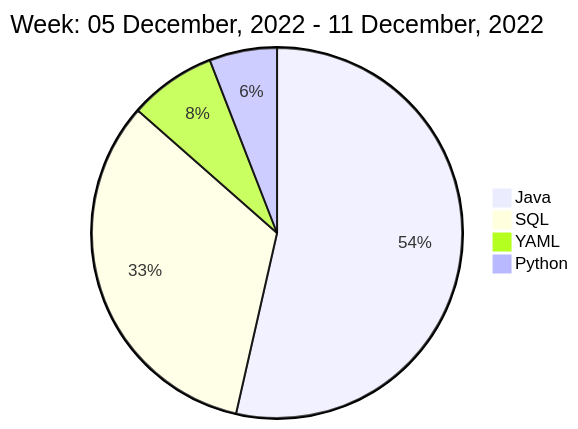
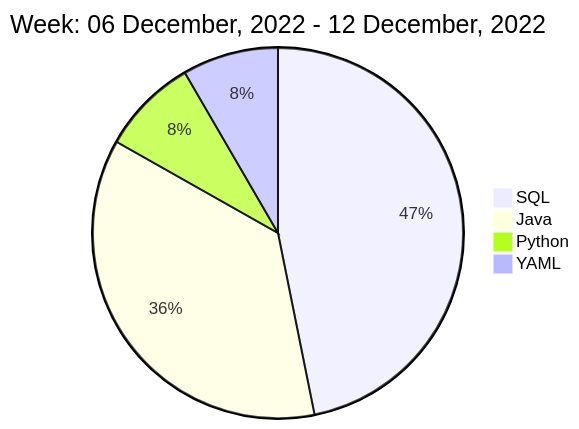
Before and after one commit to liubin95/liubin95: the diagram in README.md, drawn with Mermaid.

Commit message:
Updated the Graph with new Metrics

````diff
--- a/README.md
+++ b/README.md
@@ -40,8 +40,8 @@
 ```mermaid
  pie
-title Week: 05 December, 2022 - 11 December, 2022
- "Java" : 10.7
- "SQL" : 6.58
- "YAML" : 1.52
- "Python" : 1.18
+title Week: 06 December, 2022 - 12 December, 2022
+ "SQL" : 8.22
+ "Java" : 6.38
+ "Python" : 1.48
+ "YAML" : 1.47
 ```
````
